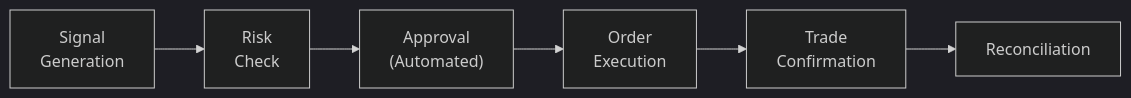
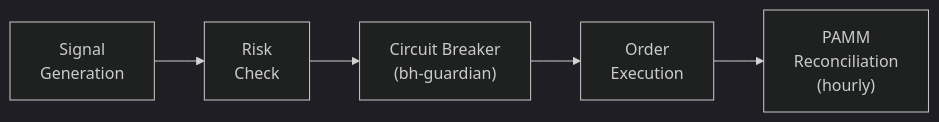
Before and after one commit to blackholefund/external_docs: the second of 2 diagrams in docs/OPERATIONAL_DUE_DILIGENCE.md, drawn with Mermaid (dark theme). The commit also changed other lines of this file and 17 other files, not shown here.

````diff
--- a/docs/OPERATIONAL_DUE_DILIGENCE.md
+++ b/docs/OPERATIONAL_DUE_DILIGENCE.md
@@ -150,8 +127,7 @@
 ```mermaid
 flowchart LR
     Signal["Signal\nGeneration"] --> Risk["Risk\nCheck"]
-    Risk --> Approval["Approval\n(Automated)"]
-    Approval --> Execution["Order\nExecution"]
-    Execution --> Confirm["Trade\nConfirmation"]
-    Confirm --> Reconcile["Reconciliation"]
+    Risk --> Guardian["Circuit Breaker\n(bh-guardian)"]
+    Guardian --> Execution["Order\nExecution"]
+    Execution --> Reconcile["PAMM\nReconciliation\n(hourly)"]
 ```
````
